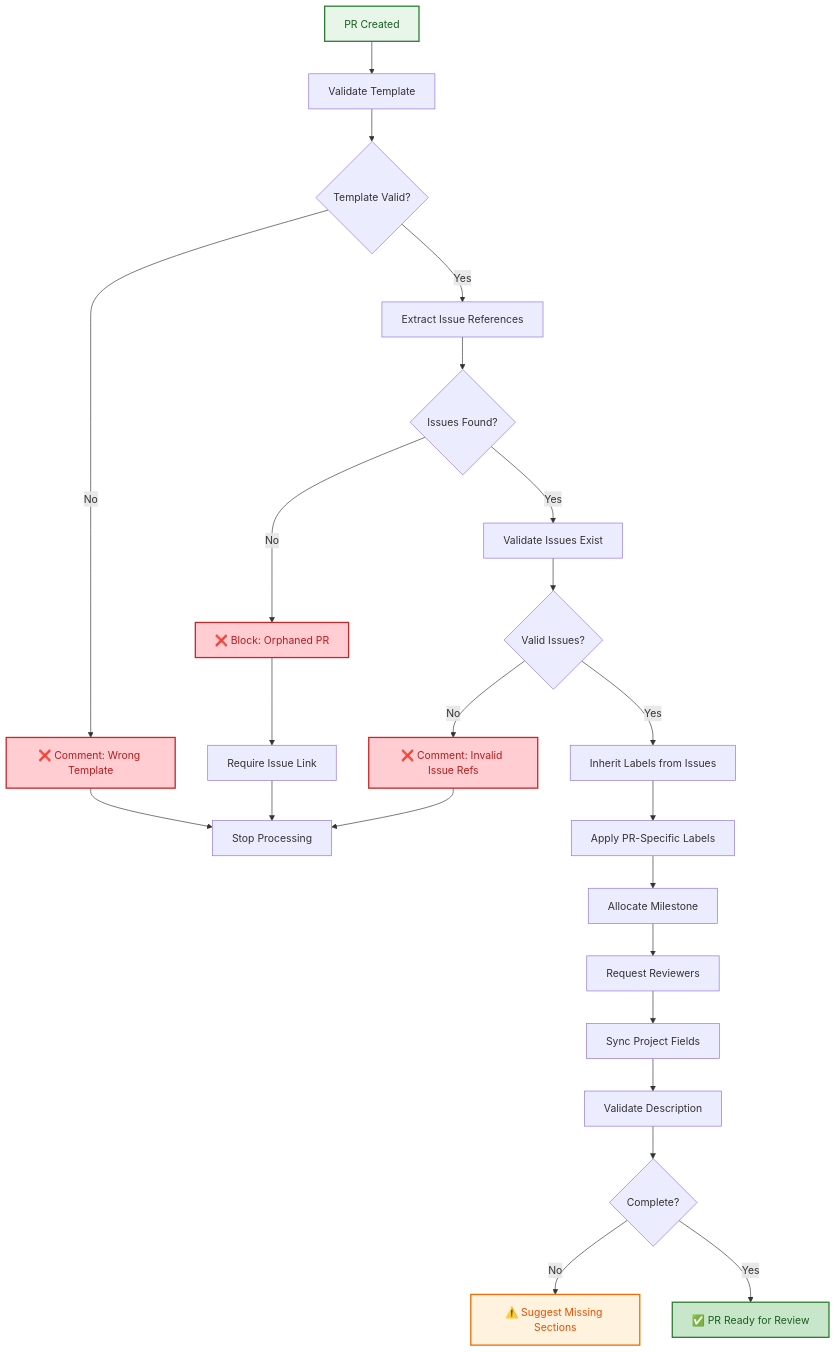
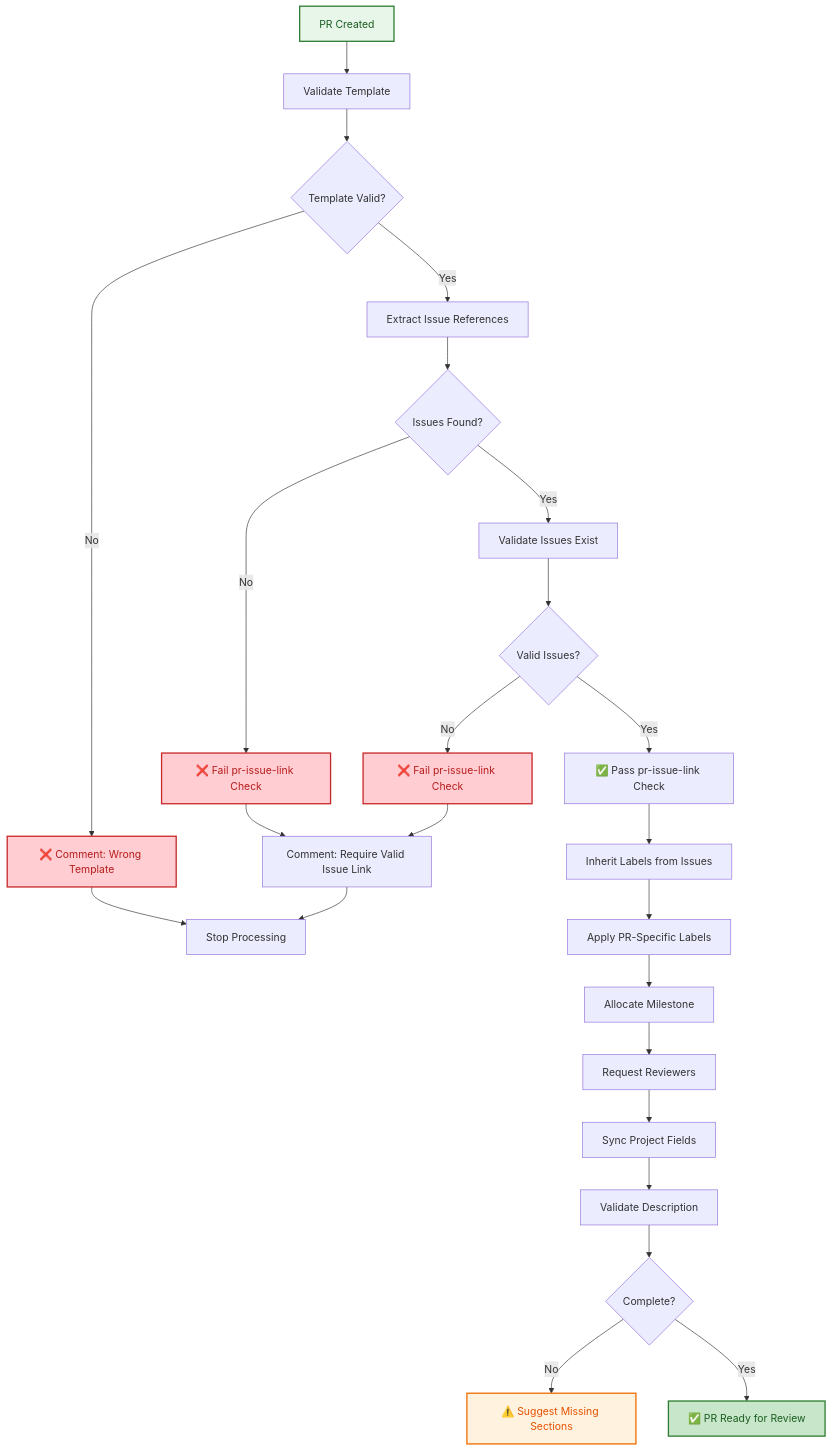
The first of 3 diagrams in .github/projects/active/automation-consolidation-agentic-workflows-2026-09/PR_MANAGEMENT_AGENT_SPEC.md (lightspeedwp/.github), drawn with Mermaid before and after one commit. The commit also changed other lines of this file and 3 other files, not shown here.

````diff
--- a/.github/projects/active/automation-consolidation-agentic-workflows-2026-09/PR_MANAGEMENT_AGENT_SPEC.md
+++ b/.github/projects/active/automation-consolidation-agentic-workflows-2026-09/PR_MANAGEMENT_AGENT_SPEC.md
@@ -138,41 +138,42 @@
 ```mermaid
 graph TD
     accTitle: Pull request created decision tree
     accDescr: Flowchart for PR validation including template check, issue reference validation, label inheritance, milestone allocation, and reviewer assignment
     A["PR Created"] --> B["Validate Template"]
     B --> C{Template Valid?}
     
     C -->|No| D["❌ Comment: Wrong Template"]
     D --> E["Stop Processing"]
     
     C -->|Yes| F["Extract Issue References"]
     F --> G{Issues Found?}
     
-    G -->|No| H["❌ Block: Orphaned PR"]
-    H --> I["Require Issue Link"]
+    G -->|No| H["❌ Fail pr-issue-link Check"]
+    H --> I["Comment: Require Valid Issue Link"]
     I --> E
     
     G -->|Yes| J["Validate Issues Exist"]
     J --> K{Valid Issues?}
     
-    K -->|No| L["❌ Comment: Invalid Issue Refs"]
-    L --> E
+    K -->|No| L["❌ Fail pr-issue-link Check"]
+    L --> I
     
-    K -->|Yes| M["Inherit Labels from Issues"]
+    K -->|Yes| V["✅ Pass pr-issue-link Check"]
+    V --> M["Inherit Labels from Issues"]
     M --> N["Apply PR-Specific Labels"]
     N --> O["Allocate Milestone"]
     O --> P["Request Reviewers"]
     P --> Q["Sync Project Fields"]
     Q --> R["Validate Description"]
     R --> S{Complete?}
     
     S -->|No| T["⚠️ Suggest Missing Sections"]
     S -->|Yes| U["✅ PR Ready for Review"]
     
     style A fill:#E8F5E9,stroke:#2E7D32,stroke-width:2px,color:#1B5E20
     style U fill:#C8E6C9,stroke:#2E7D32,stroke-width:2px,color:#1B5E20
     style D fill:#FFCDD2,stroke:#C62828,stroke-width:2px,color:#B71C1C
     style H fill:#FFCDD2,stroke:#C62828,stroke-width:2px,color:#B71C1C
     style L fill:#FFCDD2,stroke:#C62828,stroke-width:2px,color:#B71C1C
     style T fill:#FFF3E0,stroke:#EF6C00,stroke-width:2px,color:#E65100
 ```
````
